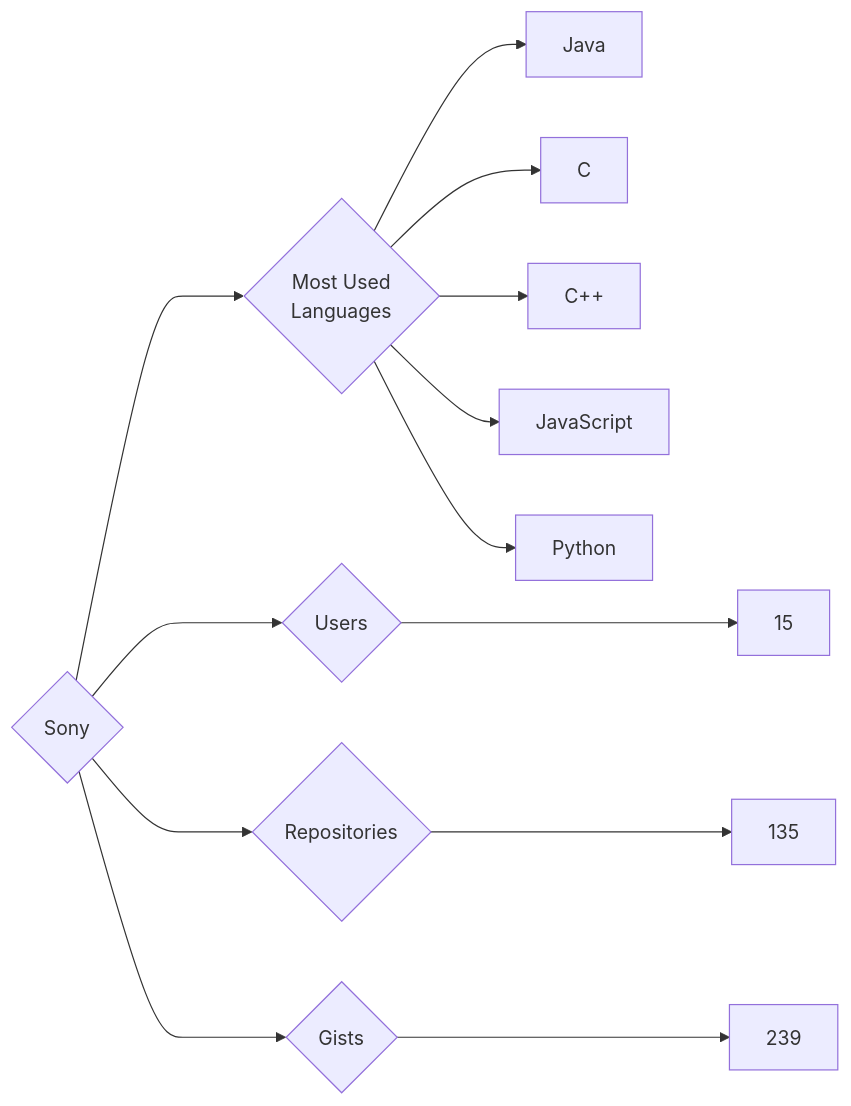
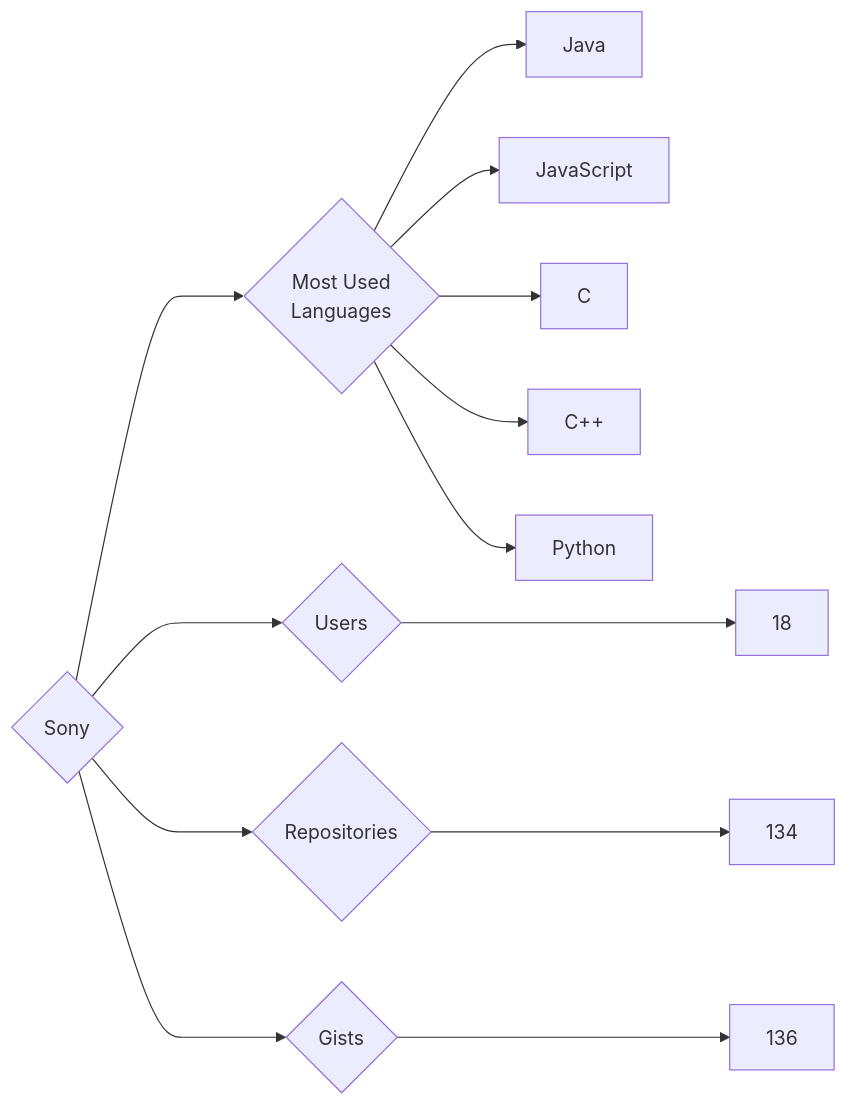
One commit to trickest/insiders changed the diagram in targets/Sony/README.md. Above: the diagram before and after it, drawn with Mermaid. The commit also changed 903 other files, not shown here.

````diff
--- a/targets/Sony/README.md
+++ b/targets/Sony/README.md
@@ -3,13 +3,13 @@
 ```mermaid
 graph LR
 COMPANY_NAME{Sony}
-COMPANY_NAME ---> U{Users} ---> UN[15]
-COMPANY_NAME ---> R{Repositories} ---> RN[135]
-COMPANY_NAME ---> G{Gists} ---> GN[239]
+COMPANY_NAME ---> U{Users} ---> UN[18]
+COMPANY_NAME ---> R{Repositories} ---> RN[134]
+COMPANY_NAME ---> G{Gists} ---> GN[136]
 COMPANY_NAME ---> ML{Most Used<br>Languages}
 ML --> Java[Java]
+ML --> JavaScript[JavaScript]
 ML --> C[C]
 ML --> C++[C++]
-ML --> JavaScript[JavaScript]
 ML --> Python[Python]
 ```
````
